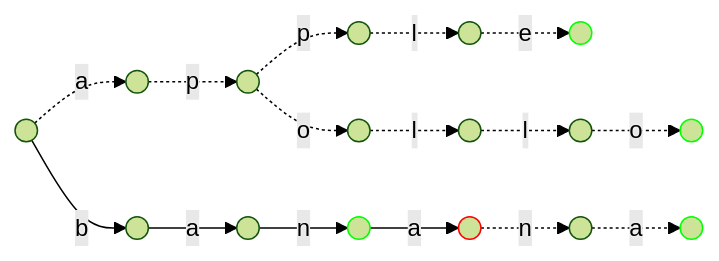
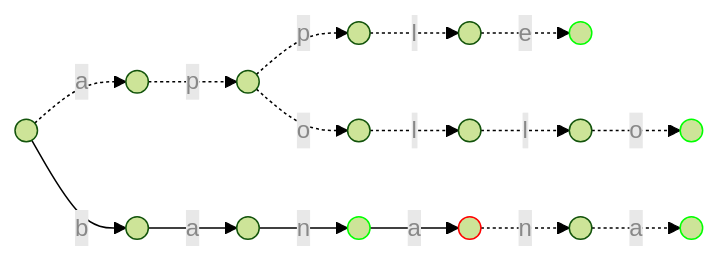
Before and after one commit to CHOYUNSIG/algorithm_with_boj: the fourth of 4 diagrams in _posts/2024-01-03-trie.md, drawn with Mermaid (forest theme). The commit also changed other lines of this file and 3 other files, not shown here.

````diff
--- a/_posts/2024-01-03-trie.md
+++ b/_posts/2024-01-03-trie.md
@@ -171,39 +171,39 @@
-```mermaid!
-graph LR
+<pre class="mermaid">
+    graph LR
 
-1 -. <p style="text-shadow: 0px 0px 2px white">a</p> .-> 2
-1 -- <p style="text-shadow: 0px 0px 2px white">b</p> --> 3
-2 -. <p style="text-shadow: 0px 0px 2px white">p</p> .-> 4
-4 -. <p style="text-shadow: 0px 0px 2px white">p</p> .-> 5
-5 -. <p style="text-shadow: 0px 0px 2px white">l</p> .-> 6
-6 -. <p style="text-shadow: 0px 0px 2px white">e</p> .-> 7
-4 -. <p style="text-shadow: 0px 0px 2px white">o</p> .-> 8
-8 -. <p style="text-shadow: 0px 0px 2px white">l</p> .-> 9
-9 -. <p style="text-shadow: 0px 0px 2px white">l</p> .-> 10
-10 -. <p style="text-shadow: 0px 0px 2px white">o</p> .-> 11
-3 -- <p style="text-shadow: 0px 0px 2px white">a</p> --> 12
-12 -- <p style="text-shadow: 0px 0px 2px white">n</p> --> 13
-13 -- <p style="text-shadow: 0px 0px 2px white">a</p> --> 14
-14 -. <p style="text-shadow: 0px 0px 2px white">n</p> .-> 15
-15 -. <p style="text-shadow: 0px 0px 2px white">a</p> .-> 16
+    1 -. <p style="color: #888">a</p> .-> 2
+    1 -- <p style="color: #888">b</p> --> 3
+    2 -. <p style="color: #888">p</p> .-> 4
+    4 -. <p style="color: #888">p</p> .-> 5
+    5 -. <p style="color: #888">l</p> .-> 6
+    6 -. <p style="color: #888">e</p> .-> 7
+    4 -. <p style="color: #888">o</p> .-> 8
+    8 -. <p style="color: #888">l</p> .-> 9
+    9 -. <p style="color: #888">l</p> .-> 10
+    10 -. <p style="color: #888">o</p> .-> 11
+    3 -- <p style="color: #888">a</p> --> 12
+    12 -- <p style="color: #888">n</p> --> 13
+    13 -- <p style="color: #888">a</p> --> 14
+    14 -. <p style="color: #888">n</p> .-> 15
+    15 -. <p style="color: #888">a</p> .-> 16
 
-1(( ))
-2(( ))
-3(( ))
-4(( ))
-5(( ))
-6(( ))
-7(( )):::end_flag
-8(( ))
-9(( ))
-10(( ))
-11(( )):::end_flag
-12(( ))
-13(( )):::end_flag
-14(( )):::error
-15(( ))
-16(( )):::end_flag
+    1(( ))
+    2(( ))
+    3(( ))
+    4(( ))
+    5(( ))
+    6(( ))
+    7(( )):::end_flag
+    8(( ))
+    9(( ))
+    10(( ))
+    11(( )):::end_flag
+    12(( ))
+    13(( )):::end_flag
+    14(( )):::error
+    15(( ))
+    16(( )):::end_flag
 
-classDef end_flag stroke:#0f0
-classDef error stroke:#f00
-```
+    classDef end_flag stroke:#0f0
+    classDef error stroke:#f00
+</pre>
````
